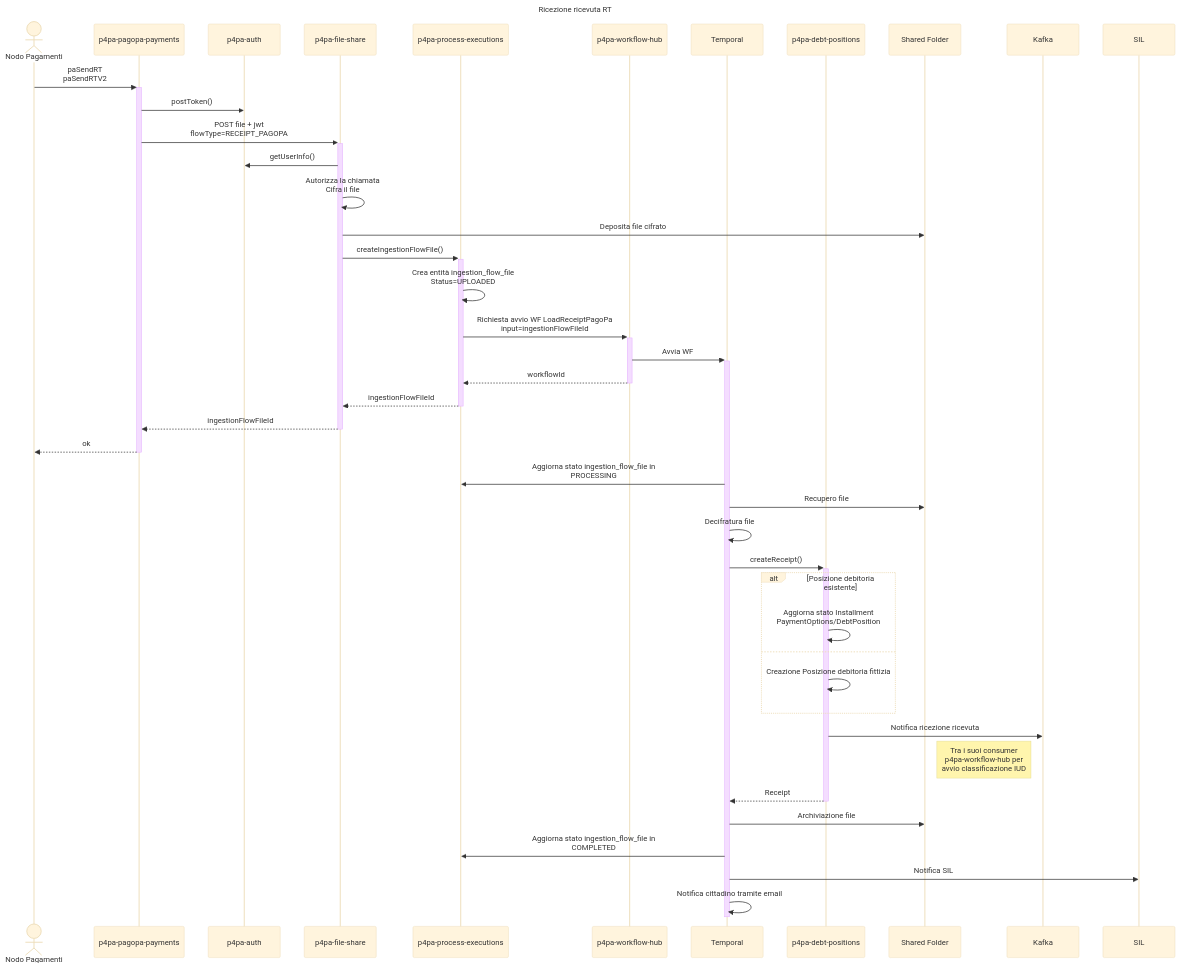
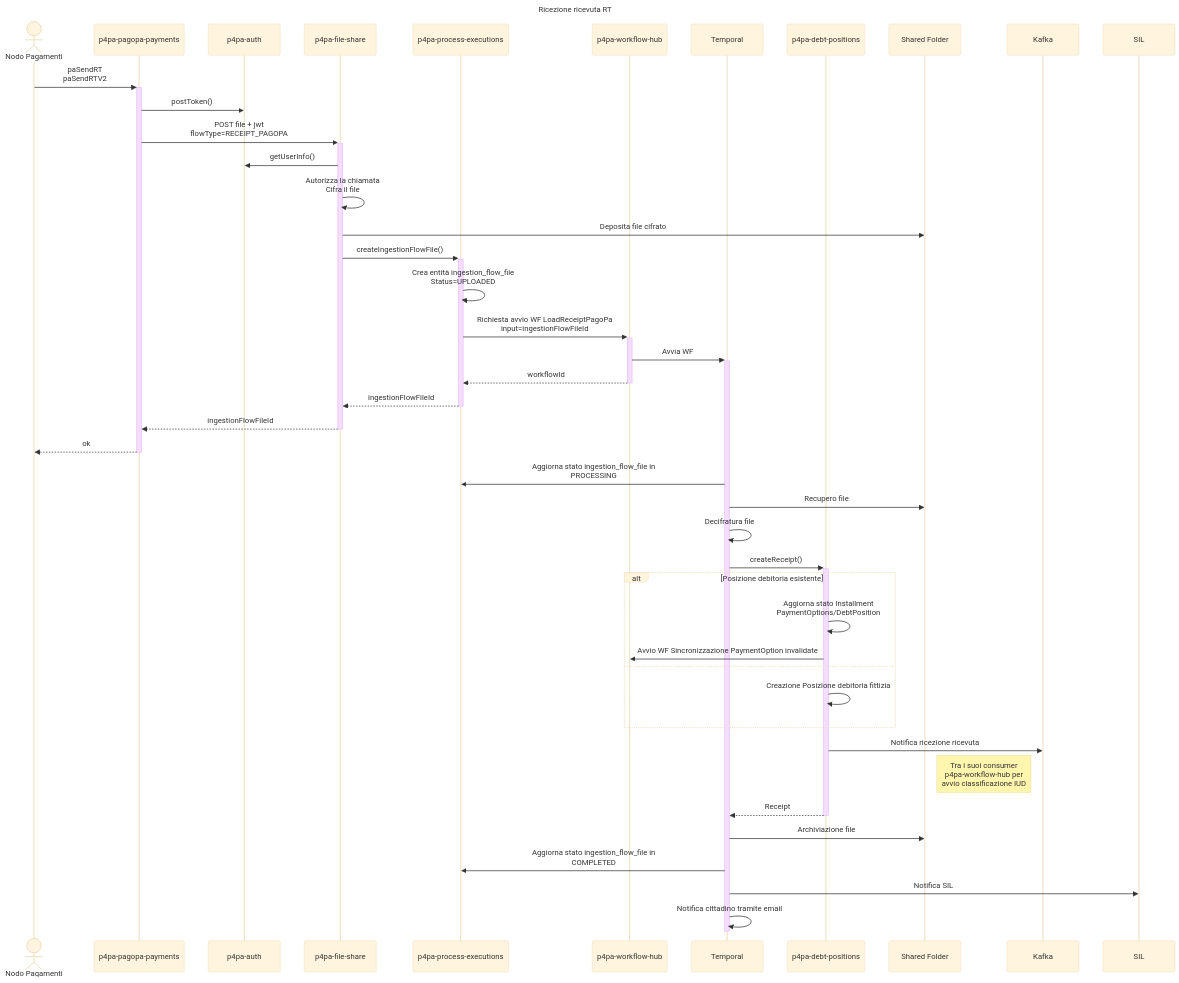
One commit to pagopa/p4pa-doc changed the diagram in design/workflow/ricevuteRT/seq_paSendRT.mmd. Above: the diagram before and after it, drawn with Mermaid (base theme). The commit also changed 1 other file, not shown here.

Commit message:
sendRt will start async paymentOption invalidation

```diff
--- a/design/workflow/ricevuteRT/seq_paSendRT.mmd
+++ b/design/workflow/ricevuteRT/seq_paSendRT.mmd
@@ -1,49 +1,50 @@
 ---
 title: Ricezione ricevuta RT
 ---
 sequenceDiagram
     actor PAGOPA as Nodo Pagamenti
     participant MS_PAGOPA_PAY as p4pa-pagopa-payments
     participant MS_AUTH as p4pa-auth
     participant MS_FILESHARE as p4pa-file-share
     participant MS_PROCESS_EXECUTIONS as p4pa-process-executions
     participant MS_WF as p4pa-workflow-hub
     participant WF as Temporal
     participant MS_DP as p4pa-debt-positions
     participant SHARED as Shared Folder
     participant KAFKA as Kafka
     participant SIL
 
     PAGOPA ->>+ MS_PAGOPA_PAY: paSendRT<BR />paSendRTV2
         MS_PAGOPA_PAY ->> MS_AUTH: postToken()
         MS_PAGOPA_PAY ->>+ MS_FILESHARE: POST file + jwt<BR />flowType=RECEIPT_PAGOPA
             MS_FILESHARE ->> MS_AUTH: getUserInfo()
             MS_FILESHARE ->> MS_FILESHARE: Autorizza la chiamata<BR />Cifra il file
             MS_FILESHARE ->> SHARED: Deposita file cifrato
             MS_FILESHARE ->>+ MS_PROCESS_EXECUTIONS: createIngestionFlowFile()
                 MS_PROCESS_EXECUTIONS ->> MS_PROCESS_EXECUTIONS: Crea entità ingestion_flow_file<BR />Status=UPLOADED
                 MS_PROCESS_EXECUTIONS ->>+ MS_WF: Richiesta avvio WF LoadReceiptPagoPa<BR />input=ingestionFlowFileId
                     MS_WF ->>+ WF: Avvia WF
                     MS_WF -->>- MS_PROCESS_EXECUTIONS: workflowId
                 MS_PROCESS_EXECUTIONS -->>- MS_FILESHARE: ingestionFlowFileId
             MS_FILESHARE -->>- MS_PAGOPA_PAY: ingestionFlowFileId
         MS_PAGOPA_PAY -->>- PAGOPA: ok
 
     WF ->> MS_PROCESS_EXECUTIONS: Aggiorna stato ingestion_flow_file in<BR />PROCESSING
     WF ->> SHARED: Recupero file
     WF ->> WF: Decifratura file
     WF ->>+ MS_DP: createReceipt()
         alt Posizione debitoria esistente
             MS_DP ->> MS_DP: Aggiorna stato Installment<BR />PaymentOptions/DebtPosition
+            MS_DP ->> MS_WF: Avvio WF Sincronizzazione PaymentOption invalidate
         else
             MS_DP ->> MS_DP: Creazione Posizione debitoria fittizia
         end
         MS_DP ->> KAFKA: Notifica ricezione ricevuta
         note left of KAFKA: Tra i suoi consumer<BR />p4pa-workflow-hub per<BR/>avvio classificazione IUD
         MS_DP -->>- WF: Receipt
     WF ->> SHARED: Archiviazione file
     WF ->> MS_PROCESS_EXECUTIONS: Aggiorna stato ingestion_flow_file in<BR />COMPLETED
     WF ->> SIL: Notifica SIL
     WF ->> WF: Notifica cittadino tramite email
 
     deactivate WF
```
